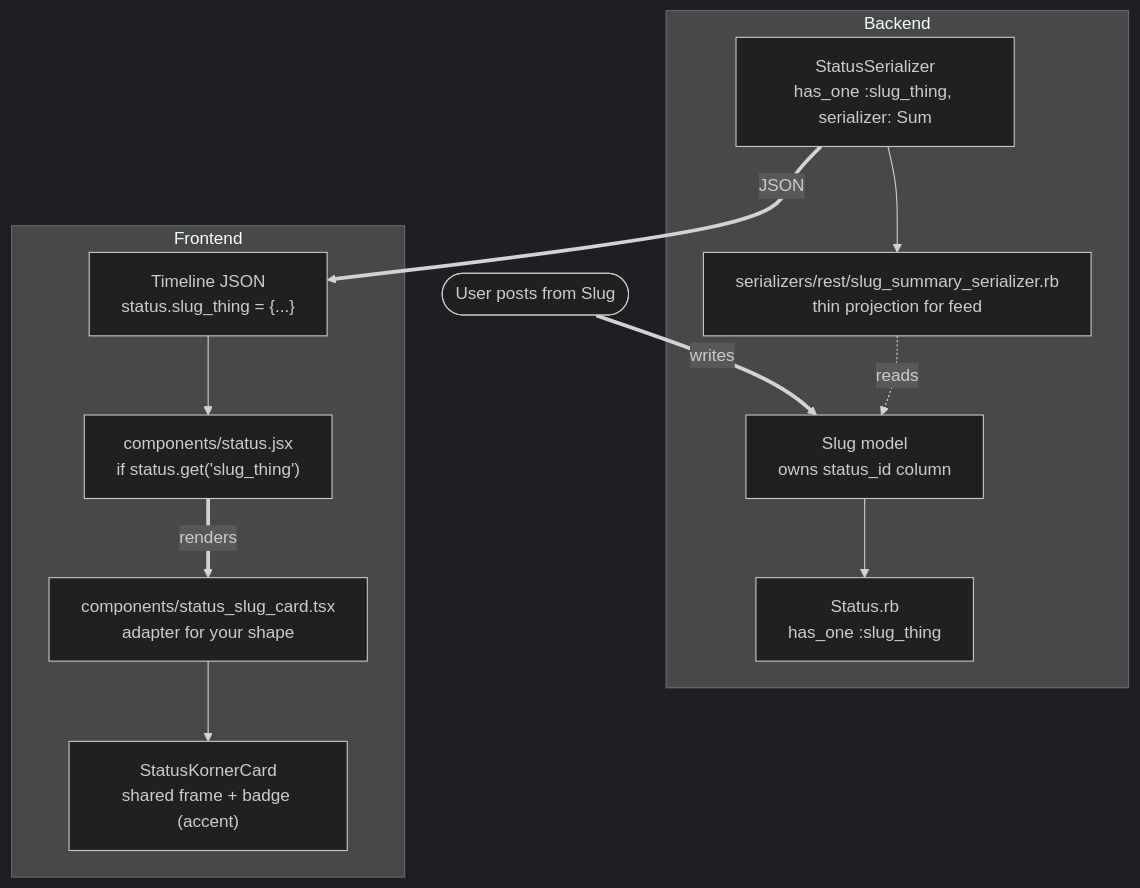
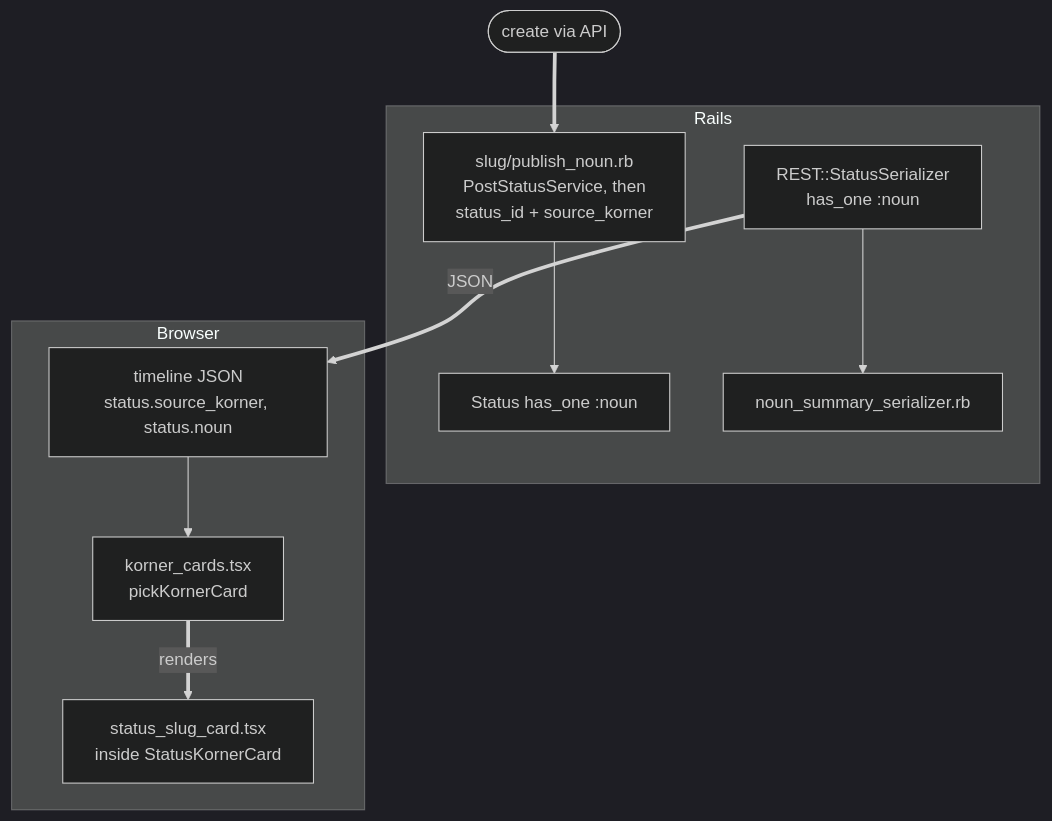
Before and after one commit to Kashka-25/kronk: the second of 2 diagrams in docs/korners/adding_a_korner.md, drawn with Mermaid (dark theme). The commit also changed other lines of this file and 3 other files, not shown here.

````diff
--- a/docs/korners/adding_a_korner.md
+++ b/docs/korners/adding_a_korner.md
@@ -1082,27 +613,24 @@
 ```mermaid
 graph TB
-    Post(["User posts from Slug"])
+    Create(["create via API"])
 
-    subgraph Backend["Backend"]
-        Model2["Slug model<br/>owns status_id column"]
-        StatusModel["Status.rb<br/>has_one :slug_thing"]
-        Sum["serializers/rest/slug_summary_serializer.rb<br/>thin projection for feed"]
-        StatusSer["StatusSerializer<br/>has_one :slug_thing, serializer: Sum"]
+    subgraph Backend["Rails"]
+        Pub["slug/publish_noun.rb<br/>PostStatusService, then<br/>status_id + source_korner"]
+        StatusModel["Status has_one :noun"]
+        Sum["noun_summary_serializer.rb"]
+        StatusSer["REST::StatusSerializer<br/>has_one :noun"]
     end
 
-    subgraph Frontend["Frontend"]
-        TL["Timeline JSON<br/>status.slug_thing = {...}"]
-        Disc["components/status.jsx<br/>if status.get('slug_thing')"]
-        Card["components/status_slug_card.tsx<br/>adapter for your shape"]
-        Frame["StatusKornerCard<br/>shared frame + badge (accent)"]
+    subgraph Frontend["Browser"]
+        TL["timeline JSON<br/>status.source_korner, status.noun"]
+        Reg["korner_cards.tsx<br/>pickKornerCard"]
+        Card["status_slug_card.tsx<br/>inside StatusKornerCard"]
     end
 
-    Post ==>|writes| Model2
-    Model2 --> StatusModel
+    Create ==> Pub
+    Pub --> StatusModel
     StatusSer --> Sum
-    Sum -.->|reads| Model2
     StatusSer ==>|JSON| TL
-    TL --> Disc
-    Disc ==>|renders| Card
-    Card --> Frame
+    TL --> Reg
+    Reg ==>|renders| Card
 ```
````
